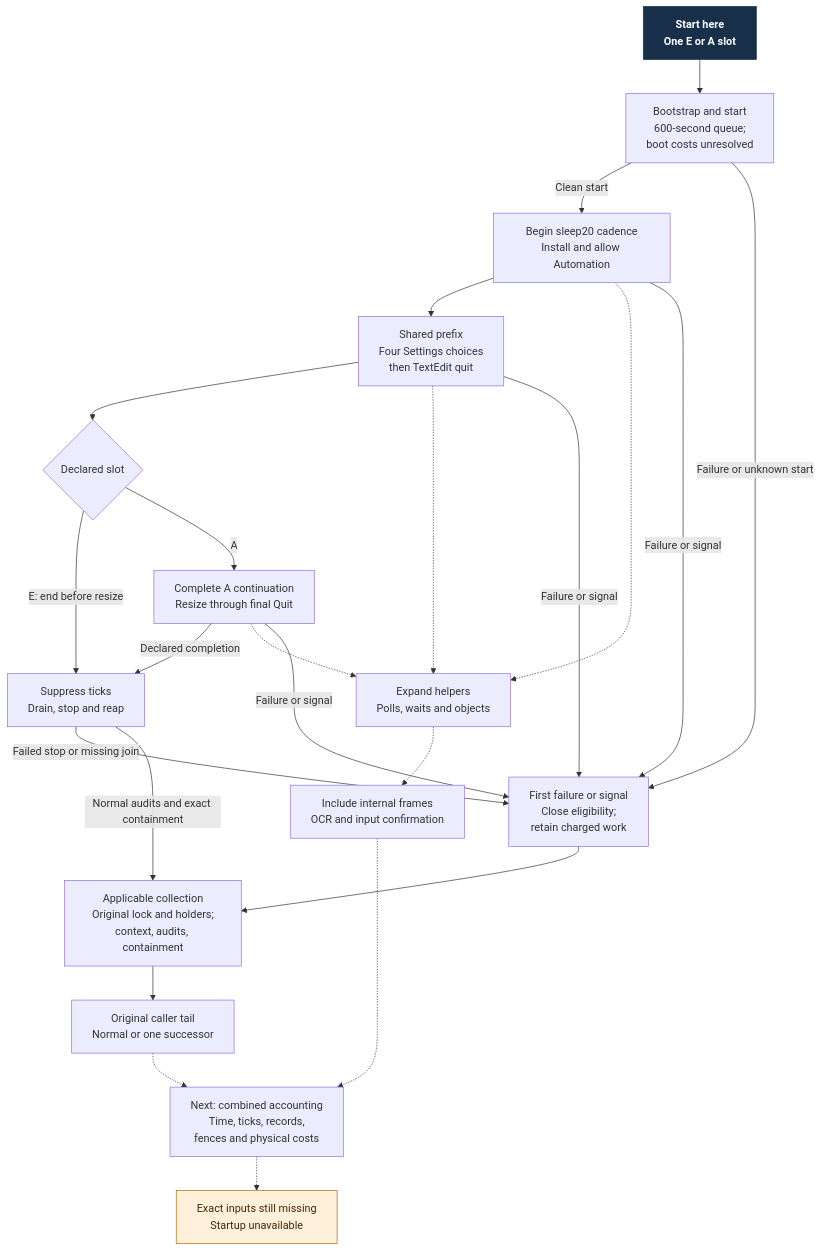
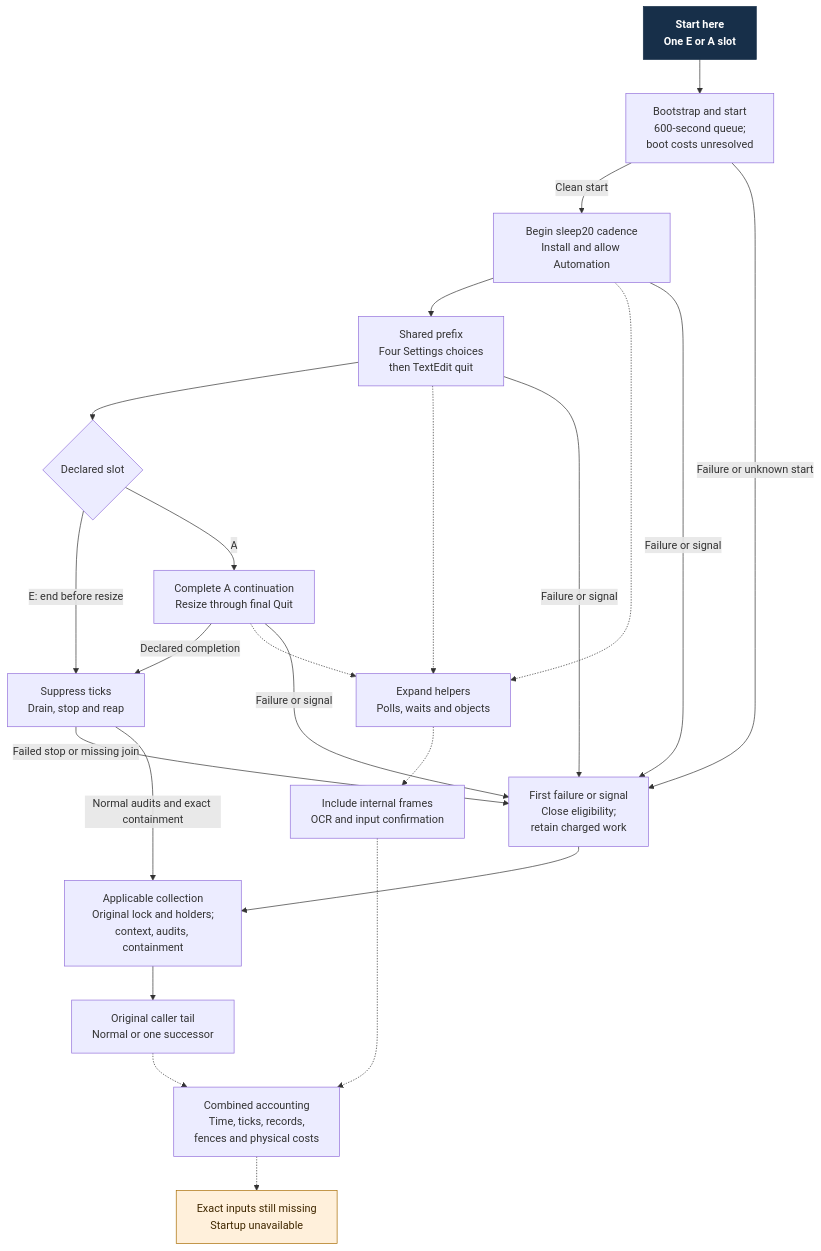
The diagram in docs/design/architecture/settings-activation/keepalive-workload.mmd (Linkuistics/Koine), drawn with Mermaid before and after one commit. The commit also changed 16 other files, not shown here.

```diff
--- a/docs/design/architecture/settings-activation/keepalive-workload.mmd
+++ b/docs/design/architecture/settings-activation/keepalive-workload.mmd
@@ -1,39 +1,39 @@
 flowchart TD
   start["Start here<br/>One E or A slot"]:::start
   boot["Bootstrap and start<br/>600-second queue;<br/>boot costs unresolved"]
   prep["Begin sleep20 cadence<br/>Install and allow Automation"]
   prefix["Shared prefix<br/>Four Settings choices<br/>then TextEdit quit"]
   kind{"Declared slot"}
   ordinary["Complete A continuation<br/>Resize through final Quit"]
   expand["Expand helpers<br/>Polls, waits and objects"]
   internal["Include internal frames<br/>OCR and input confirmation"]
   stop["Suppress ticks<br/>Drain, stop and reap"]
   failure["First failure or signal<br/>Close eligibility;<br/>retain charged work"]
   collect["Applicable collection<br/>Original lock and holders;<br/>context, audits, containment"]
   tail["Original caller tail<br/>Normal or one successor"]
-  proof["Next: combined accounting<br/>Time, ticks, records,<br/>fences and physical costs"]
+  proof["Combined accounting<br/>Time, ticks, records,<br/>fences and physical costs"]
   missing["Exact inputs still missing<br/>Startup unavailable"]:::held
   start --> boot
   boot -->|"Clean start"| prep
   prep --> prefix
   prefix --> kind
   kind -->|"E: end before resize"| stop
   kind -->|"A"| ordinary
   ordinary -->|"Declared completion"| stop
   prep -.-> expand
   prefix -.-> expand
   ordinary -.-> expand
   expand -.-> internal
   internal -.-> proof
   boot -->|"Failure or unknown start"| failure
   prep -->|"Failure or signal"| failure
   prefix -->|"Failure or signal"| failure
   ordinary -->|"Failure or signal"| failure
   stop -->|"Failed stop or missing join"| failure
   failure --> collect
   stop -->|"Normal audits and exact containment"| collect
   collect --> tail
   tail -.-> proof
   proof -.-> missing
   classDef start fill:#172f49,color:#fff,stroke:#172f49,font-weight:bold
   classDef held fill:#fff0db,color:#402800,stroke:#a76b00
```
